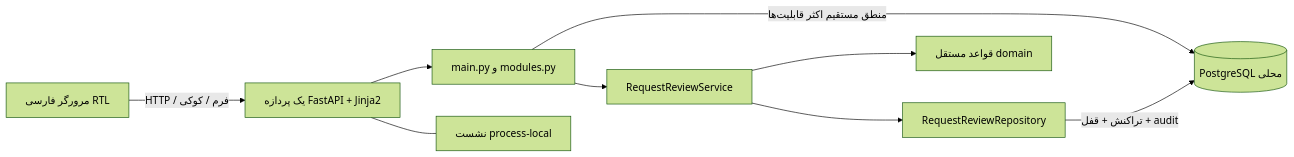
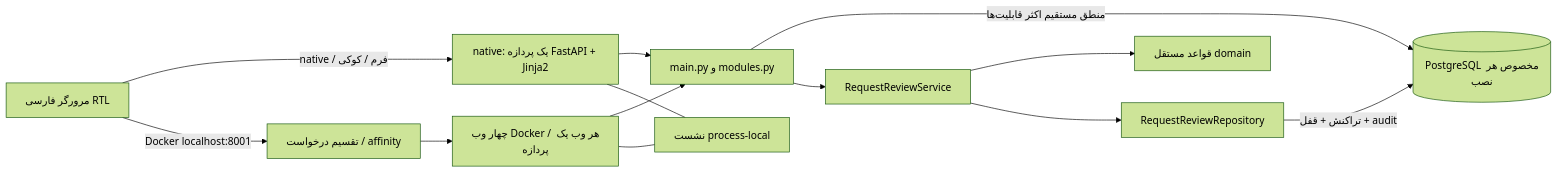
The diagram in docs/05-architecture/architecture.md (MahdySayyar/hrms-project), drawn with Mermaid (forest theme) before and after one commit. The commit also changed other lines of this file and 68 other files, not shown here.

Commit message:
Keep the site responsive during 500 simultaneous logins with four Docker web replicas

````diff
--- a/docs/05-architecture/architecture.md
+++ b/docs/05-architecture/architecture.md
@@ -5,11 +5,15 @@
 ```mermaid
 flowchart LR
-    Browser["مرورگر فارسی RTL"] -->|"HTTP / فرم / کوکی"| Web["یک پردازه FastAPI + Jinja2"]
+    Browser["مرورگر فارسی RTL"] -->|"native / فرم / کوکی"| Web["native: یک پردازه FastAPI + Jinja2"]
+    Browser -->|"Docker localhost:8001"| Proxy["تقسیم درخواست / affinity"]
+    Proxy --> Replicas["چهار وب Docker / هر وب یک پردازه"]
+    Replicas --> Routes
     Web --> Routes["main.py و modules.py"]
-    Routes -->|"منطق مستقیم اکثر قابلیت‌ها"| DB[("PostgreSQL محلی")]
+    Routes -->|"منطق مستقیم اکثر قابلیت‌ها"| DB[("PostgreSQL مخصوص هر نصب")]
     Routes --> Review["RequestReviewService"]
     Review --> Domain["قواعد مستقل domain"]
     Review --> Repository["RequestReviewRepository"]
     Repository -->|"تراکنش + قفل + audit"| DB
     Web --- Sessions["نشست process-local"]
+    Replicas --- Sessions
 ```
````
